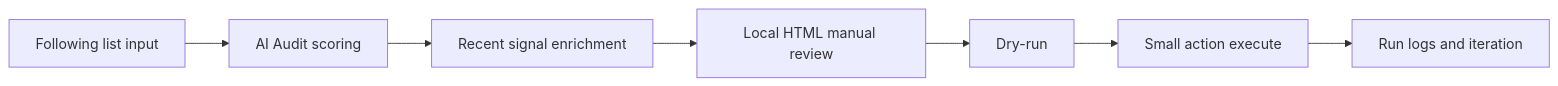
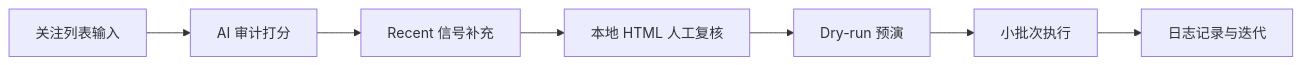
One commit to runesleo/x-following-audit changed the diagram in README.zh.md. Above: the diagram before and after it, drawn with Mermaid.

Commit message:
localize zh workflow diagram labels
Update README.zh mermaid node labels to Chinese for consistent localized presentation.

````diff
--- a/README.zh.md
+++ b/README.zh.md
@@ -22,9 +22,9 @@
 ```mermaid
 flowchart LR
-    A[Following list input] --> B[AI Audit scoring]
-    B --> C[Recent signal enrichment]
-    C --> D[Local HTML manual review]
-    D --> E[Dry-run]
-    E --> F[Small action execute]
-    F --> G[Run logs and iteration]
+    A[关注列表输入] --> B[AI 审计打分]
+    B --> C[Recent 信号补充]
+    C --> D[本地 HTML 人工复核]
+    D --> E[Dry-run 预演]
+    E --> F[小批次执行]
+    F --> G[日志记录与迭代]
 ```
````
